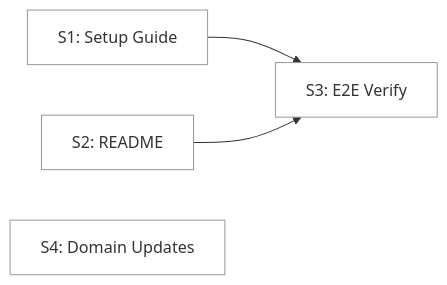
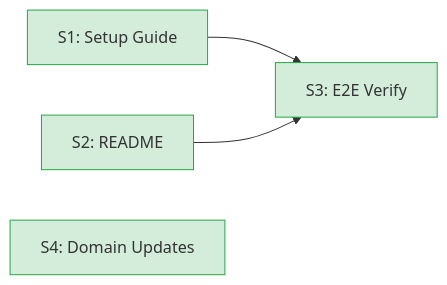
One commit to AI-Substrate/chainglass changed the diagram in docs/plans/063-login/tasks/phase-4-documentation-polish/tasks.fltplan.md. Above: the diagram before and after it, drawn with Mermaid. The commit also changed other lines of this file and 6 other files, not shown here.

````diff
--- a/docs/plans/063-login/tasks/phase-4-documentation-polish/tasks.fltplan.md
+++ b/docs/plans/063-login/tasks/phase-4-documentation-polish/tasks.fltplan.md
@@ -27,15 +27,15 @@
 ```mermaid
 graph LR
-    S1["S1: Setup Guide"]:::pending
-    S2["S2: README"]:::pending
-    S3["S3: E2E Verify"]:::pending
-    S4["S4: Domain Updates"]:::pending
+    S1["S1: Setup Guide"]:::done
+    S2["S2: README"]:::done
+    S3["S3: E2E Verify"]:::done
+    S4["S4: Domain Updates"]:::done
 
     S1 --> S3
     S2 --> S3
 
     classDef pending fill:#fff,stroke:#999
     classDef active fill:#fff3cd,stroke:#ffc107
     classDef done fill:#d4edda,stroke:#28a745
     classDef blocked fill:#f8d7da,stroke:#dc3545
 ```
````
